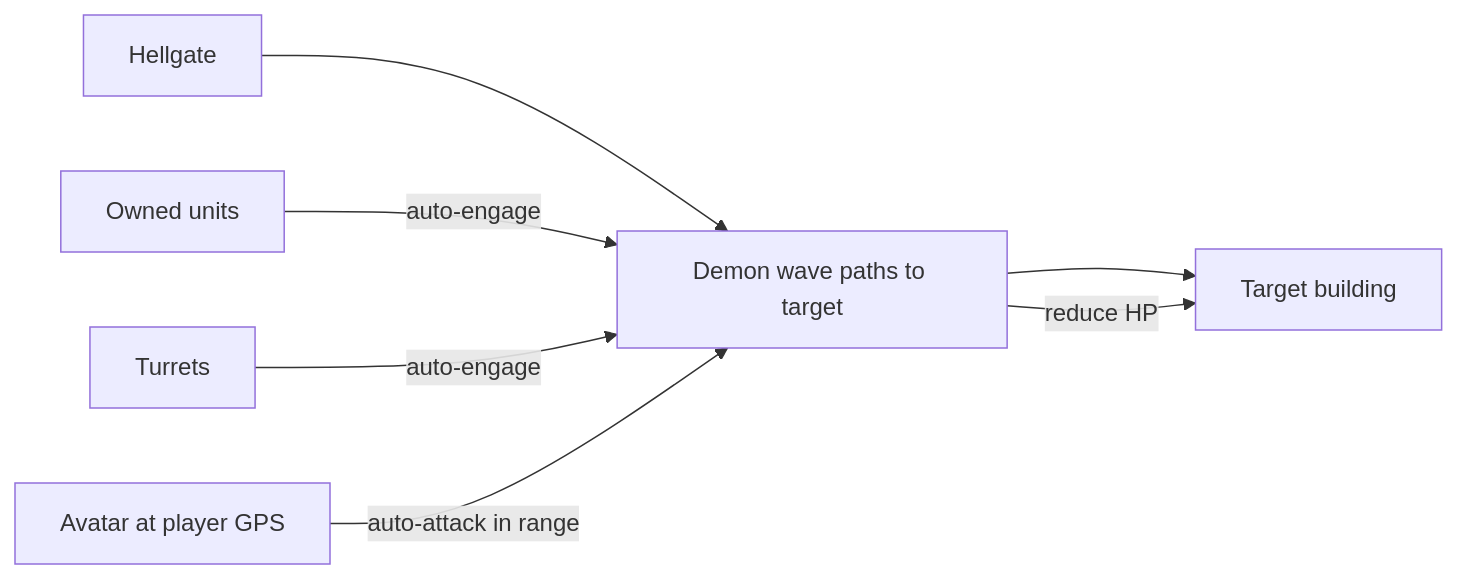
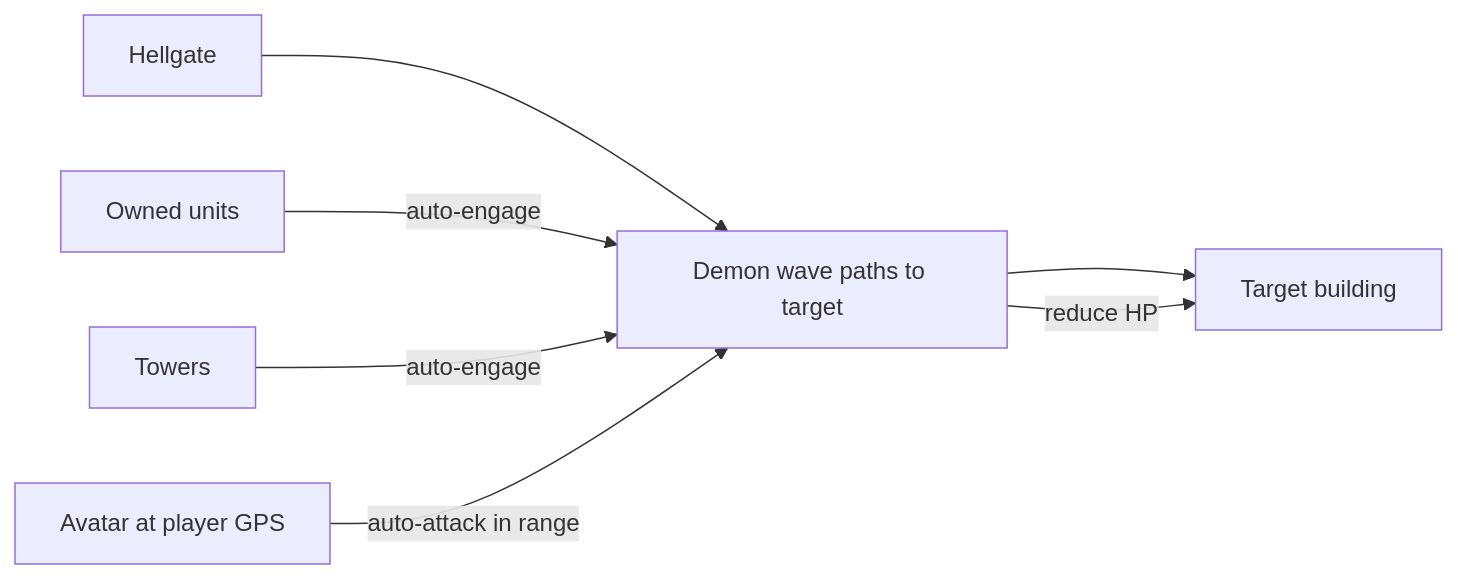
The tenth of 16 diagrams in docs/GAME_DESIGN.md (jhofer/ar-map-game), drawn with Mermaid before and after one commit. The commit also changed other lines of this file, not shown here.

````diff
--- a/docs/GAME_DESIGN.md
+++ b/docs/GAME_DESIGN.md
@@ -522,9 +564,9 @@
 ```mermaid
 flowchart LR
     G[Hellgate] --> W[Demon wave paths to target]
     W --> T[Target building]
     U[Owned units] -->|auto-engage| W
-    R[Turrets] -->|auto-engage| W
+    R[Towers] -->|auto-engage| W
     AV[Avatar at player GPS] -->|auto-attack in range| W
     W -->|reduce HP| T
 ```
````
